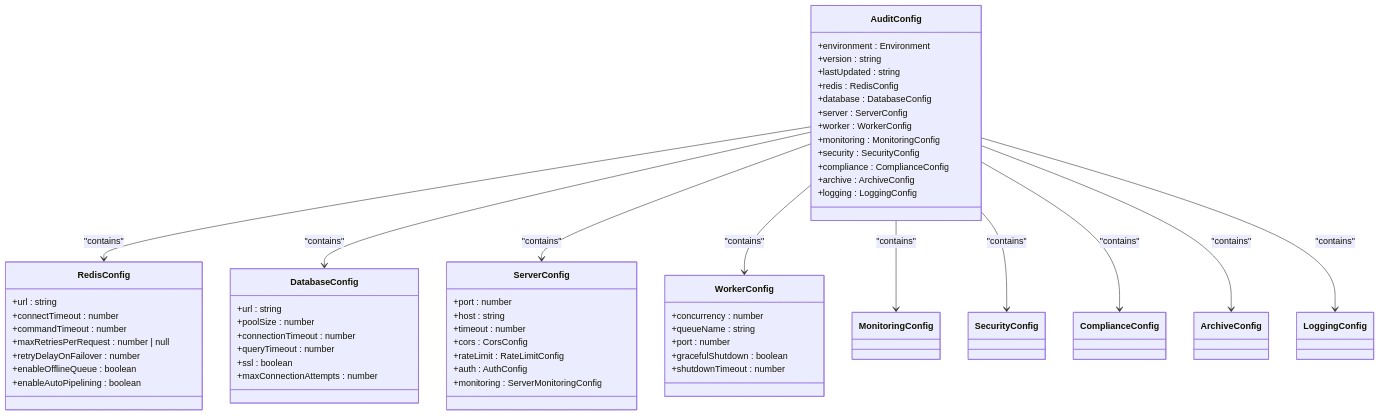
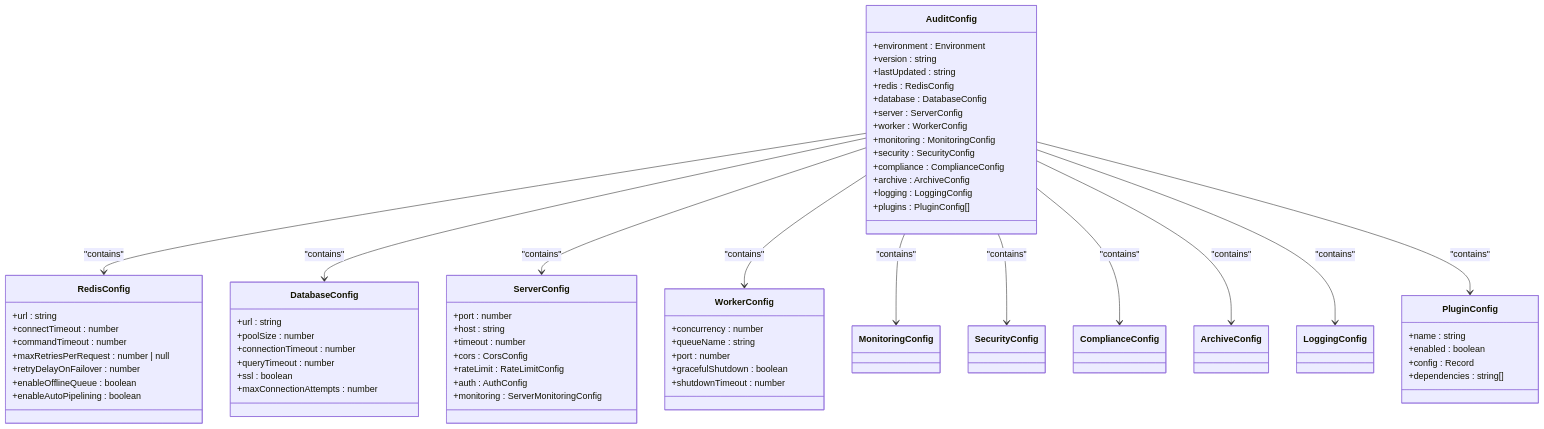
Before and after one commit to smedrec/smart-logs: the first of 11 diagrams in .qoder/repowiki/en/content/Audit Core System/Configuration Management/Configuration Schema and Types.md, drawn with Mermaid. The commit also changed other lines of this file and 13 other files, not shown here.

First line of the commit message:
docs(audit-core): add GDPR compliance and plugin architecture documentation

````diff
--- a/.qoder/repowiki/en/content/Audit Core System/Configuration Management/Configuration Schema and Types.md
+++ b/.qoder/repowiki/en/content/Audit Core System/Configuration Management/Configuration Schema and Types.md
@@ -34,59 +44,67 @@
 ```mermaid
 classDiagram
 class AuditConfig {
 +environment : Environment
 +version : string
 +lastUpdated : string
 +redis : RedisConfig
 +database : DatabaseConfig
 +server : ServerConfig
 +worker : WorkerConfig
 +monitoring : MonitoringConfig
 +security : SecurityConfig
 +compliance : ComplianceConfig
 +archive : ArchiveConfig
 +logging : LoggingConfig
++plugins : PluginConfig[]
 }
 class RedisConfig {
 +url : string
 +connectTimeout : number
 +commandTimeout : number
 +maxRetriesPerRequest : number | null
 +retryDelayOnFailover : number
 +enableOfflineQueue : boolean
 +enableAutoPipelining : boolean
 }
 class DatabaseConfig {
 +url : string
 +poolSize : number
 +connectionTimeout : number
 +queryTimeout : number
 +ssl : boolean
 +maxConnectionAttempts : number
 }
 class ServerConfig {
 +port : number
 +host : string
 +timeout : number
 +cors : CorsConfig
 +rateLimit : RateLimitConfig
 +auth : AuthConfig
 +monitoring : ServerMonitoringConfig
 }
 class WorkerConfig {
 +concurrency : number
 +queueName : string
 +port : number
 +gracefulShutdown : boolean
 +shutdownTimeout : number
 }
+class PluginConfig {
++name : string
++enabled : boolean
++config : Record<string, any>
++dependencies : string[]
+}
 AuditConfig --> RedisConfig : "contains"
 AuditConfig --> DatabaseConfig : "contains"
 AuditConfig --> ServerConfig : "contains"
 AuditConfig --> WorkerConfig : "contains"
 AuditConfig --> MonitoringConfig : "contains"
 AuditConfig --> SecurityConfig : "contains"
 AuditConfig --> ComplianceConfig : "contains"
 AuditConfig --> ArchiveConfig : "contains"
 AuditConfig --> LoggingConfig : "contains"
+AuditConfig --> PluginConfig : "contains"
 ```
````
